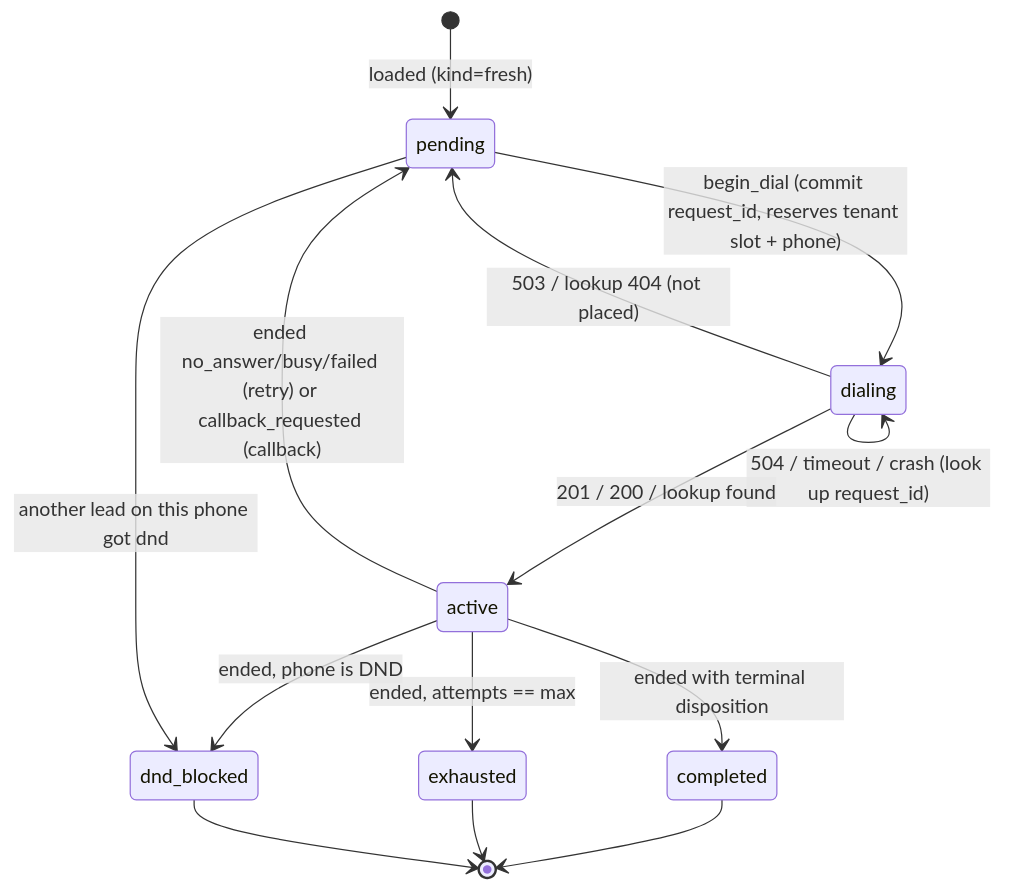
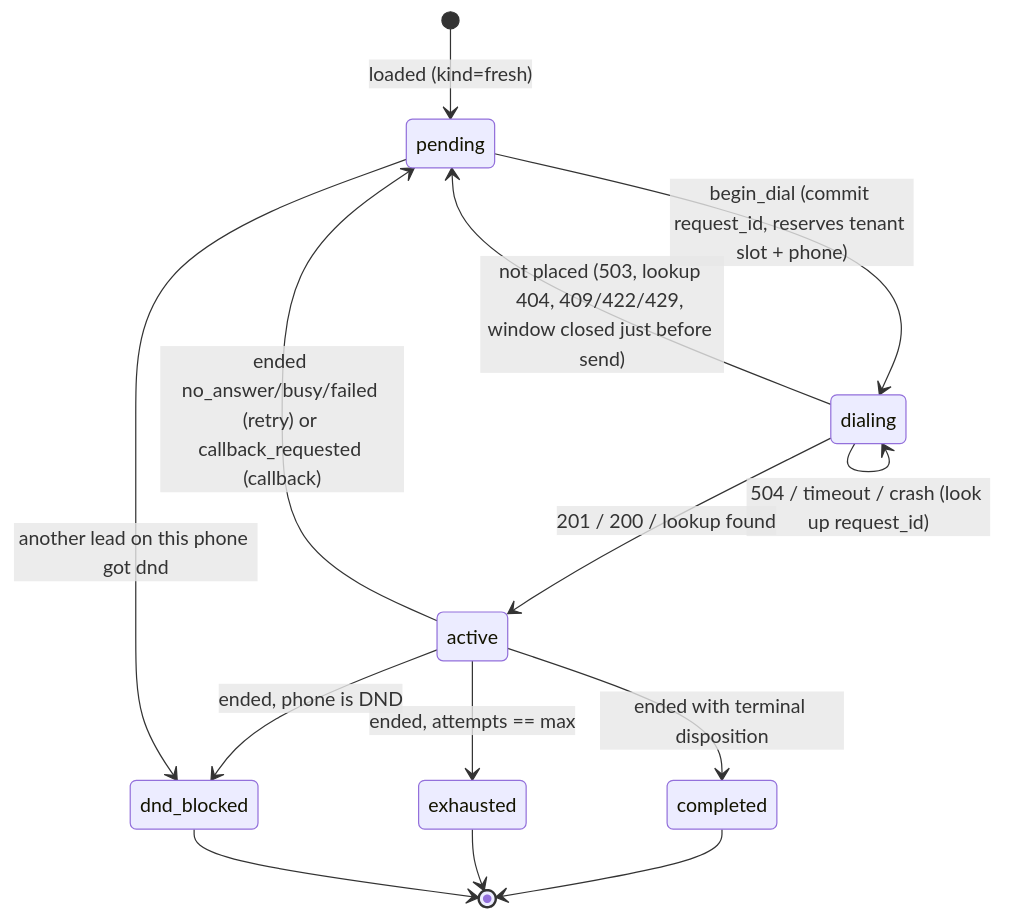
Before and after one commit to Dhruthik0/sde-assignment-junior-2026: the diagram in SUBMISSION.md, drawn with Mermaid. The commit also changed other lines of this file and 7 other files, not shown here.

````diff
--- a/SUBMISSION.md
+++ b/SUBMISSION.md
@@ -72,16 +76,16 @@
 ```mermaid
 stateDiagram-v2
     [*] --> pending: loaded (kind=fresh)
     pending --> dialing: begin_dial (commit request_id, reserves tenant slot + phone)
-    dialing --> pending: 503 / lookup 404 (not placed)
+    dialing --> pending: not placed (503, lookup 404, 409/422/429, window closed just before send)
     dialing --> dialing: 504 / timeout / crash (look up request_id)
     dialing --> active: 201 / 200 / lookup found
     active --> pending: ended no_answer/busy/failed (retry) or callback_requested (callback)
     active --> completed: ended with terminal disposition
     active --> exhausted: ended, attempts == max
     active --> dnd_blocked: ended, phone is DND
     pending --> dnd_blocked: another lead on this phone got dnd
     completed --> [*]
     exhausted --> [*]
     dnd_blocked --> [*]
 ```
````
